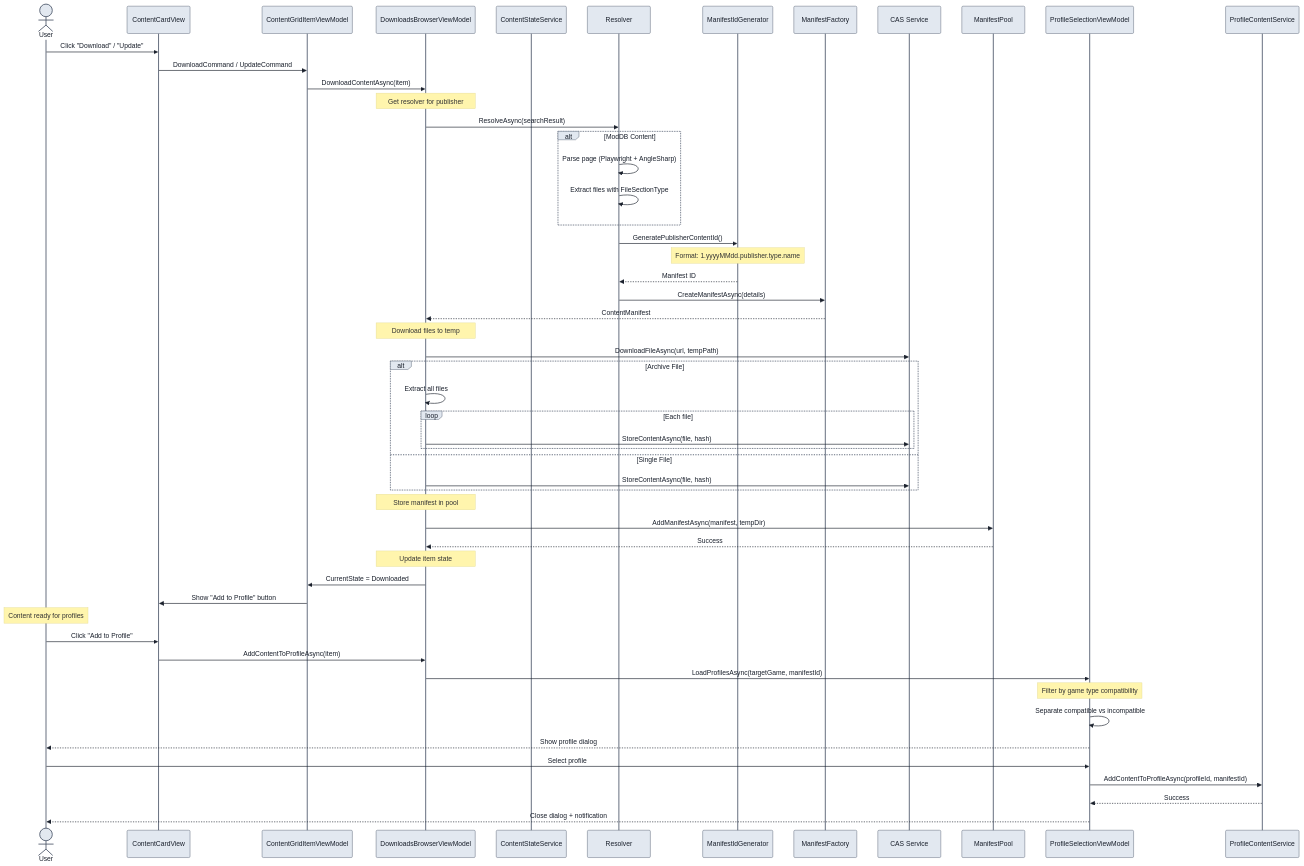
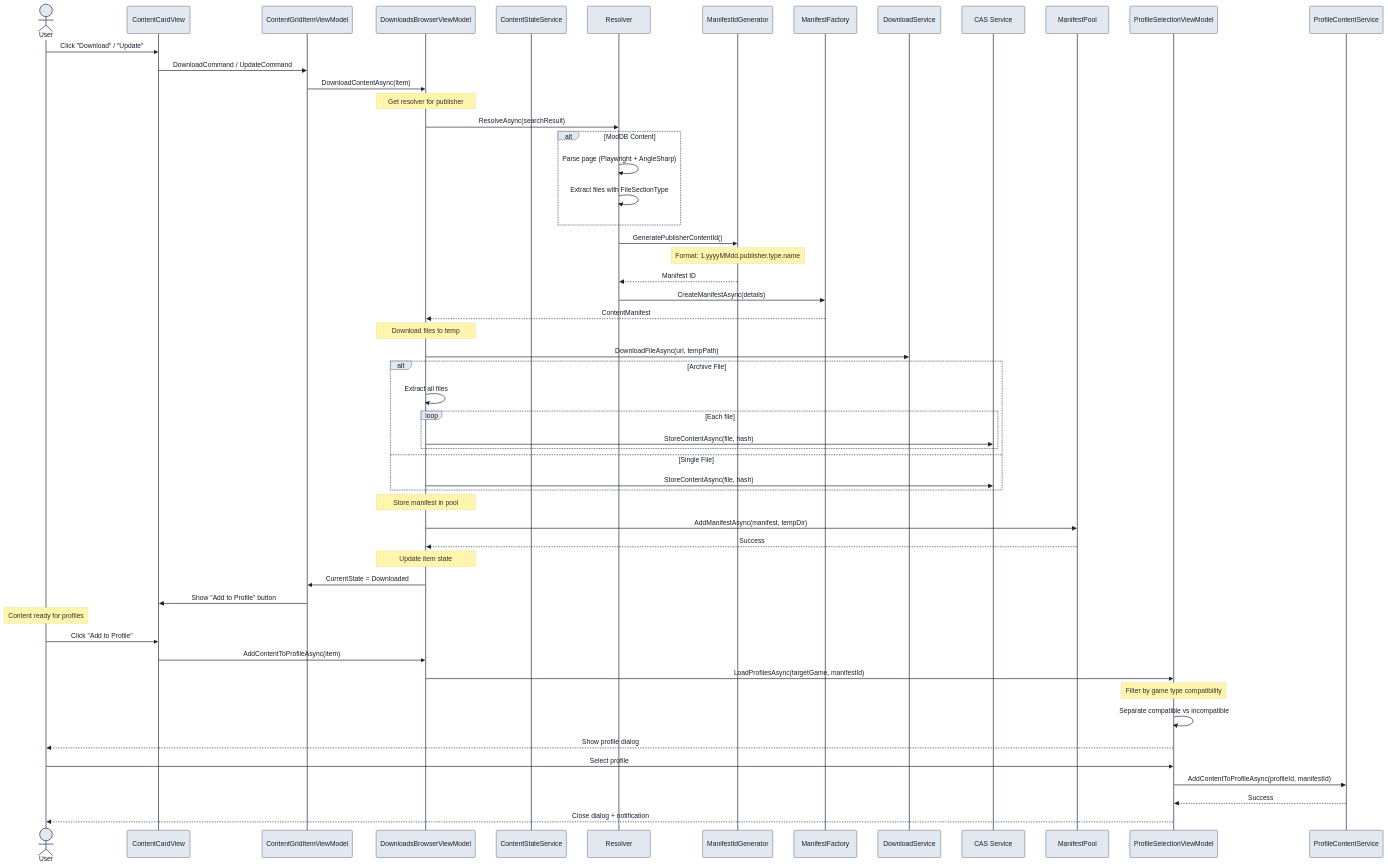
The fifth of 12 diagrams in docs/FlowCharts/Downloads-Flow.md (undead2146/GenHub), drawn with Mermaid before and after one commit. The commit also changed other lines of this file and 8 other files, not shown here.

Commit message:
docs(downloads): resolve review feedback and clarify PR 265 carve architecture

````diff
--- a/docs/FlowCharts/Downloads-Flow.md
+++ b/docs/FlowCharts/Downloads-Flow.md
@@ -252,79 +255,80 @@
 ```mermaid
 %%{init: {
   'theme': 'base',
   'themeVariables': {
     'primaryColor': '#e2e8f0',
     'primaryTextColor': '#1a202c',
     'primaryBorderColor': '#4a5568',
     'lineColor': '#2d3748',
     'background': '#ffffff'
   }
 }}%%
 
 sequenceDiagram
     actor User
     participant UI as ContentCardView
     participant VM as ContentGridItemViewModel
     participant BVM as DownloadsBrowserViewModel
     participant CSS as ContentStateService
     participant R as Resolver
     participant MIG as ManifestIdGenerator
     participant MF as ManifestFactory
+    participant DS as DownloadService
     participant CAS as CAS Service
     participant Pool as ManifestPool
     participant PS as ProfileSelectionViewModel
     participant PCS as ProfileContentService
 
     User->>UI: Click "Download" / "Update"
     UI->>VM: DownloadCommand / UpdateCommand
     VM->>BVM: DownloadContentAsync(item)
 
     Note over BVM: Get resolver for publisher
     BVM->>R: ResolveAsync(searchResult)
 
     alt ModDB Content
         R->>R: Parse page (Playwright + AngleSharp)
         R->>R: Extract files with FileSectionType
     end
 
     R->>MIG: GeneratePublisherContentId()
     Note over MIG: Format: 1.yyyyMMdd.publisher.type.name
     MIG-->>R: Manifest ID
 
     R->>MF: CreateManifestAsync(details)
     MF-->>BVM: ContentManifest
 
     Note over BVM: Download files to temp
-    BVM->>CAS: DownloadFileAsync(url, tempPath)
+    BVM->>DS: DownloadFileAsync(url, tempPath)
 
     alt Archive File
         BVM->>BVM: Extract all files
         loop Each file
             BVM->>CAS: StoreContentAsync(file, hash)
         end
     else Single File
         BVM->>CAS: StoreContentAsync(file, hash)
     end
 
     Note over BVM: Store manifest in pool
     BVM->>Pool: AddManifestAsync(manifest, tempDir)
     Pool-->>BVM: Success
 
     Note over BVM: Update item state
     BVM->>VM: CurrentState = Downloaded
     VM->>UI: Show "Add to Profile" button
 
     Note over User: Content ready for profiles
     User->>UI: Click "Add to Profile"
     UI->>BVM: AddContentToProfileAsync(item)
     BVM->>PS: LoadProfilesAsync(targetGame, manifestId)
 
     Note over PS: Filter by game type compatibility
     PS->>PS: Separate compatible vs incompatible
     PS-->>User: Show profile dialog
 
     User->>PS: Select profile
     PS->>PCS: AddContentToProfileAsync(profileId, manifestId)
     PCS-->>PS: Success
     PS-->>User: Close dialog + notification
 ```
````
